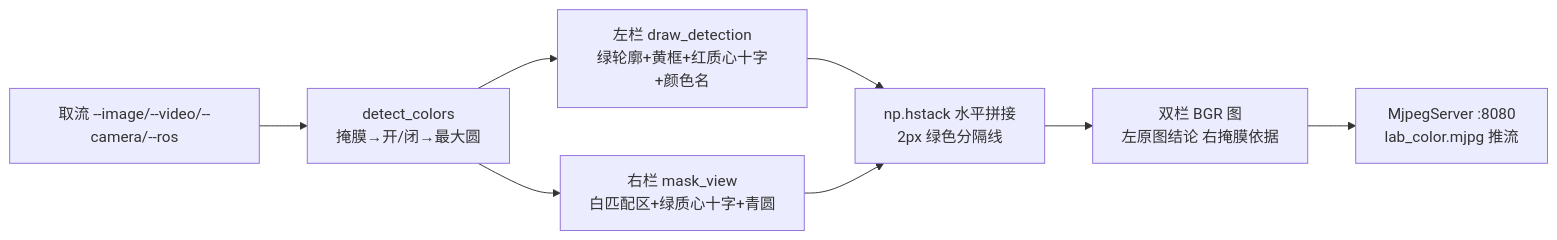
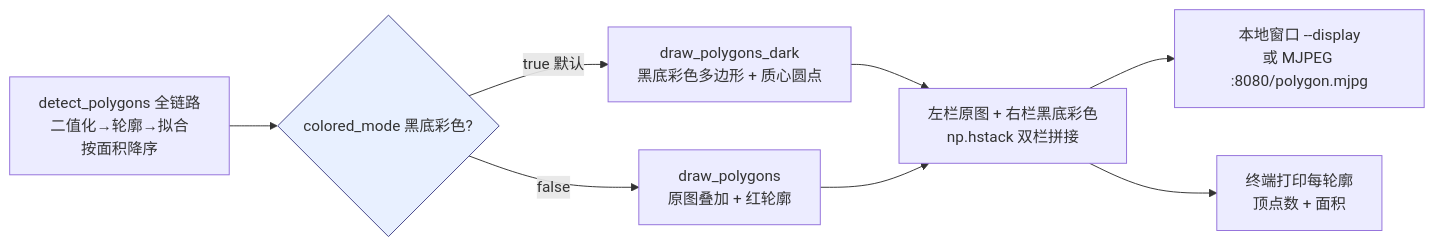
One commit to aibittek/course_generate_agent changed the sixth of 6 diagrams in courses/sheet1/robot_vision/_parts/experiment-3.md. Above: the diagram before and after it, drawn with Mermaid. The commit also changed other lines of this file and 98 other files, not shown here.

````diff
--- a/courses/sheet1/robot_vision/_parts/experiment-3.md
+++ b/courses/sheet1/robot_vision/_parts/experiment-3.md
@@ -449,10 +434,12 @@
 ```mermaid
 flowchart LR
-    A[取流 --image/--video/--camera/--ros] --> B[detect_colors<br/>掩膜→开/闭→最大圆]
-    B --> C[左栏 draw_detection<br/>绿轮廓+黄框+红质心十字+颜色名]
-    C --> D[np.hstack 水平拼接<br/>2px 绿色分隔线]
-    D --> E[双栏 BGR 图<br/>左原图结论 右掩膜依据]
-    E --> F[MjpegServer :8080<br/>lab_color.mjpg 推流]
+    A["detect_polygons 全链路<br/>二值化→轮廓→拟合<br/>按面积降序"] --> B{"colored_mode 黑底彩色?"}
+    B -->|true 默认| C["draw_polygons_dark<br/>黑底彩色多边形 + 质心圆点"]
+    B -->|false| D["draw_polygons<br/>原图叠加 + 红轮廓"]
+    C --> E[左栏原图 + 右栏黑底彩色<br/>np.hstack 双栏拼接]
+    D --> E
+    E --> F["本地窗口 --display<br/>或 MJPEG :8080/polygon.mjpg"]
+    E --> G["终端打印每轮廓<br/>顶点数 + 面积"]
 
-    B --> G3[右栏 mask_view<br/>白匹配区+绿质心十字+青圆] --> D
+    style B fill:#e8f0ff,stroke:#448,stroke-width:1px
 ```
````
